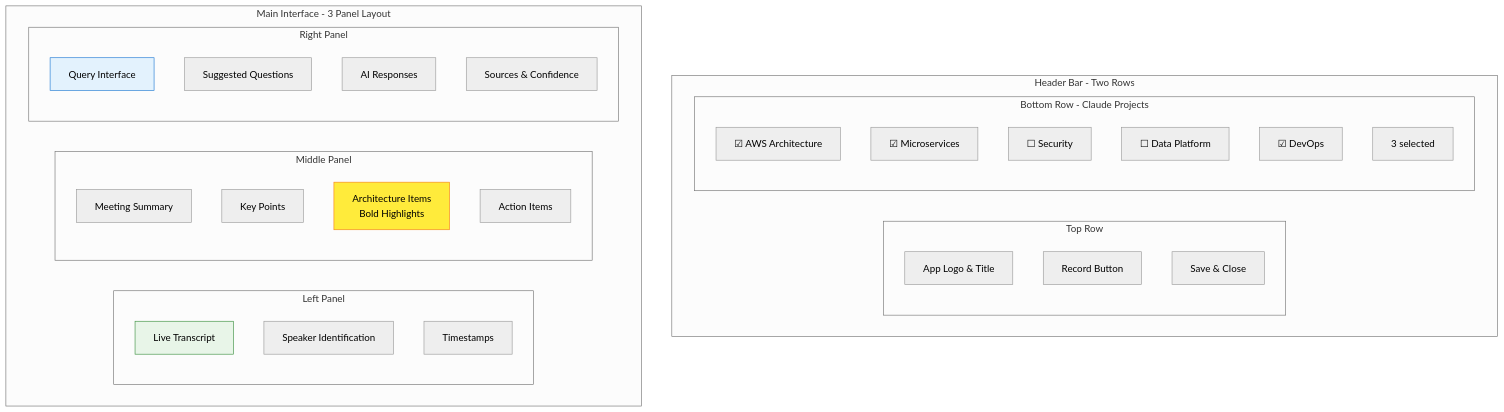
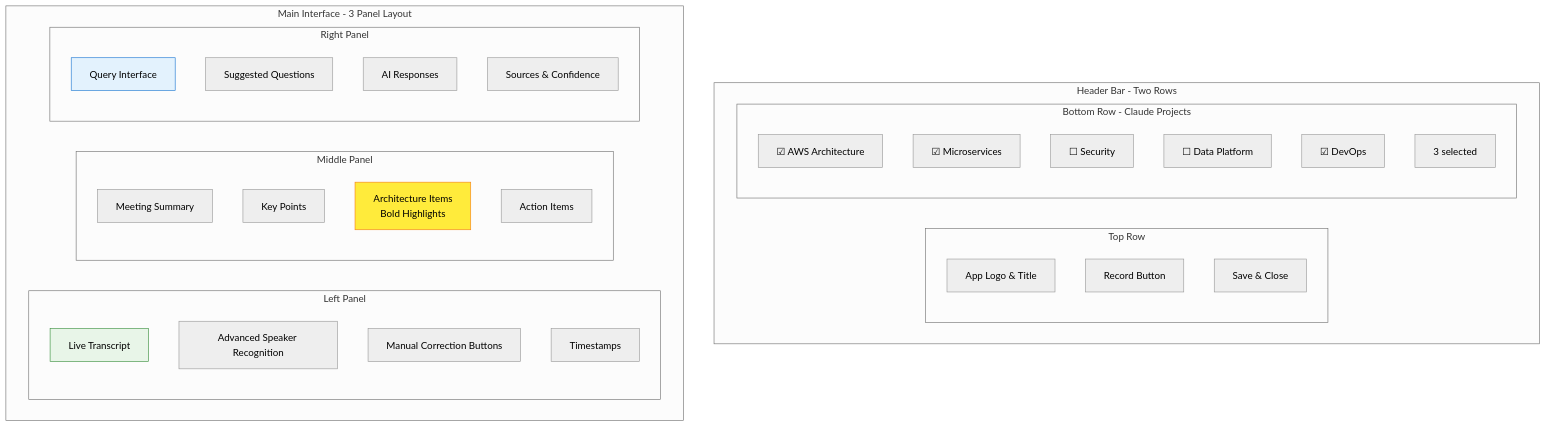
Before and after one commit to mjones3/architect-transcript-insights: the fifth of 9 diagrams in README.md, drawn with Mermaid (neutral theme). The commit also changed other lines of this file and 46 other files, not shown here.

Commit message:
Initial commit: Architect Transcript Insights with iterative deployment setup

````diff
--- a/README.md
+++ b/README.md
@@ -388,45 +506,46 @@
 ```mermaid
 graph TB
     subgraph "Header Bar - Two Rows"
         subgraph "Top Row"
             LOGO[App Logo & Title]
             RECORD[Record Button]
             SAVE[Save & Close]
         end
         
         subgraph "Bottom Row - Claude Projects"
             CHECK1[☑ AWS Architecture]
             CHECK2[☑ Microservices]
             CHECK3[☐ Security]
             CHECK4[☐ Data Platform]
             CHECK5[☑ DevOps]
             COUNT[3 selected]
         end
     end
     
     subgraph "Main Interface - 3 Panel Layout"
         subgraph "Left Panel"
             LT[Live Transcript]
-            SPEAKERS[Speaker Identification]
+            SPEAKERS[Advanced Speaker Recognition]
+            EDIT[Manual Correction Buttons]
             TIMESTAMP[Timestamps]
         end
         
         subgraph "Middle Panel"
             SUMMARY[Meeting Summary]
             KEY[Key Points]
             ARCH[Architecture Items<br/>Bold Highlights]
             ACTION[Action Items]
         end
         
         subgraph "Right Panel"
             QUERY[Query Interface]
             SUGGEST[Suggested Questions]
             ANSWERS[AI Responses]
             SOURCES[Sources & Confidence]
         end
     end
     
     style ARCH fill:#ffeb3b,stroke:#f57f17
     style QUERY fill:#e3f2fd,stroke:#1976d2
     style LT fill:#e8f5e8,stroke:#388e3c
 ```
````
